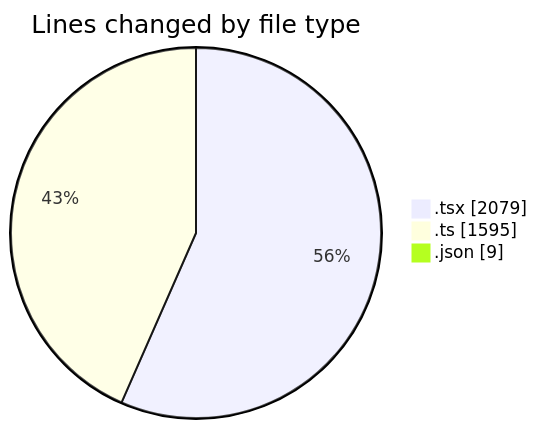
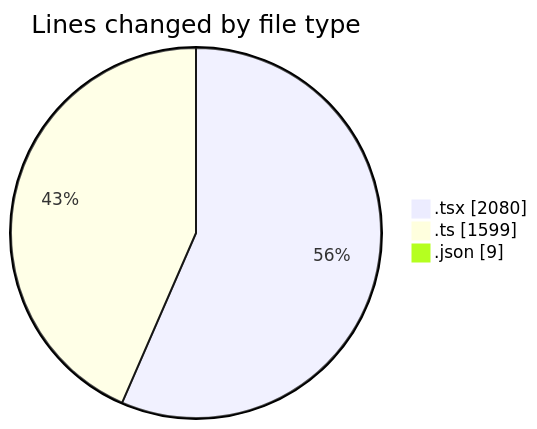
One commit to julien-gomy/code-tracking changed the first of 2 diagrams in 2025-10-15/eventscop-frontend-guide__workspace_/README.md. Above: the diagram before and after it, drawn with Mermaid. The commit also changed other lines of this file and 1 other file, not shown here.

````diff
--- a/2025-10-15/eventscop-frontend-guide__workspace_/README.md
+++ b/2025-10-15/eventscop-frontend-guide__workspace_/README.md
@@ -40,7 +40,7 @@
 ```mermaid
 pie showData
 title Lines changed by file type
-".tsx" : 2079
-".ts" : 1595
+".tsx" : 2080
+".ts" : 1599
 ".json" : 9
 ```
````
